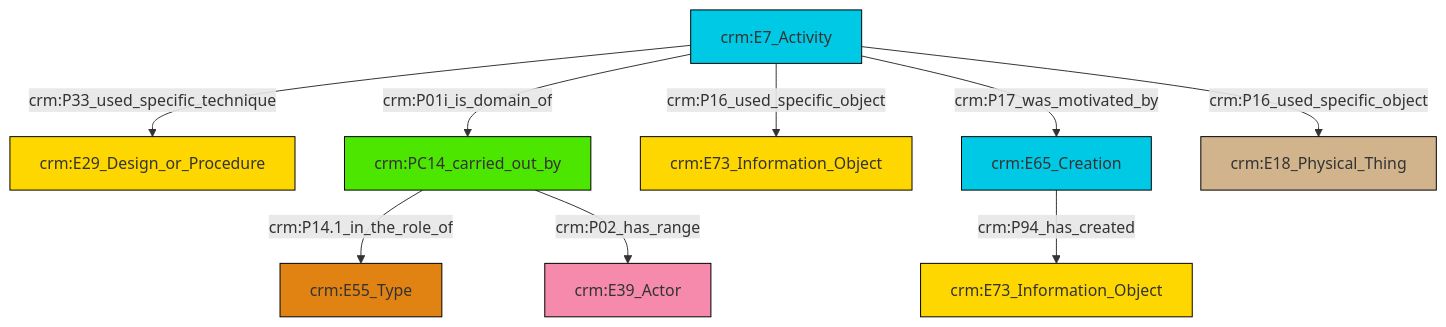
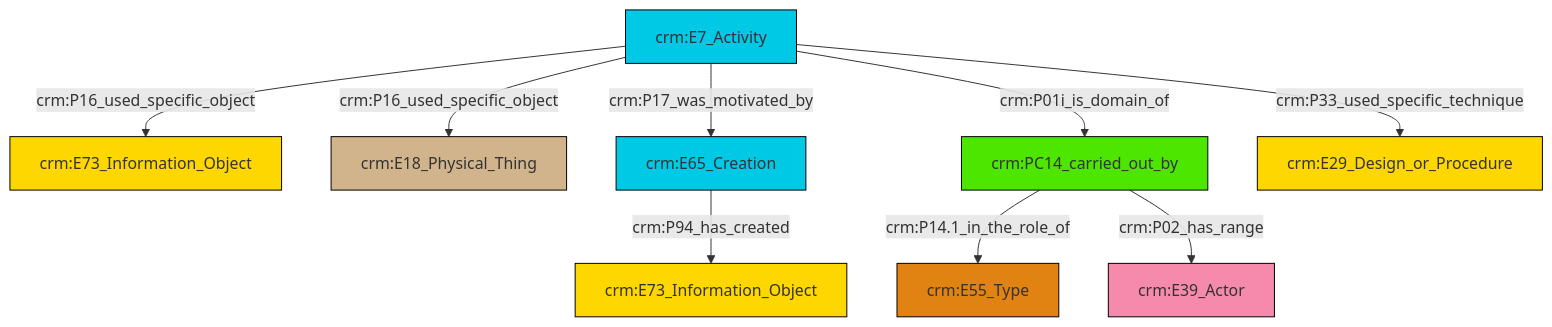
The diagram in et/eventCSV/ttl/mmd/event_participation.ttl.mmd (swiss-art-research-net/reference-data-models), drawn with Mermaid before and after one commit. The commit also changed 154 other files, not shown here.

```diff
--- a/et/eventCSV/ttl/mmd/event_participation.ttl.mmd
+++ b/et/eventCSV/ttl/mmd/event_participation.ttl.mmd
@@ -1,23 +1,23 @@
 graph TD
 classDef Literal fill:#f2f2f2,stroke:#000000;
 classDef CRM_Entity fill:#FFFFFF,stroke:#000000;
 classDef Temporal_Entity fill:#00C9E6, stroke:#000000;
 classDef Type fill:#E18312, stroke:#000000;
 classDef Time-Span fill:#2C9C91, stroke:#000000;
 classDef Appellation fill:#FFEB7F, stroke:#000000;
 classDef Place fill:#008836, stroke:#000000;
 classDef Persistent_Item fill:#B266B2, stroke:#000000;
 classDef Conceptual_Object fill:#FFD700, stroke:#000000;
 classDef Physical_Thing fill:#D2B48C, stroke:#000000;
 classDef Actor fill:#f58aad, stroke:#000000;
 classDef PC_Classes fill:#4ce600, stroke:#000000;
 classDef Multi fill:#cccccc,stroke:#000000;
 
-0["crm:E7_Activity"]:::Temporal_Entity -->|crm:P33_used_specific_technique| 1["crm:E29_Design_or_Procedure"]:::Conceptual_Object
-0["crm:E7_Activity"]:::Temporal_Entity -->|crm:P16_used_specific_object| 7["crm:E73_Information_Object"]:::Conceptual_Object
-9["crm:PC14_carried_out_by"]:::PC_Classes -->|crm:P14.1_in_the_role_of| 4["crm:E55_Type"]:::Type
-9["crm:PC14_carried_out_by"]:::PC_Classes -->|crm:P02_has_range| 12["crm:E39_Actor"]:::Actor
-0["crm:E7_Activity"]:::Temporal_Entity -->|crm:P16_used_specific_object| 10["crm:E18_Physical_Thing"]:::Physical_Thing
-0["crm:E7_Activity"]:::Temporal_Entity -->|crm:P01i_is_domain_of| 9["crm:PC14_carried_out_by"]:::PC_Classes
-2["crm:E65_Creation"]:::Temporal_Entity -->|crm:P94_has_created| 15["crm:E73_Information_Object"]:::Conceptual_Object
-0["crm:E7_Activity"]:::Temporal_Entity -->|crm:P17_was_motivated_by| 2["crm:E65_Creation"]:::Temporal_Entity
+0["crm:E7_Activity"]:::Temporal_Entity -->|crm:P16_used_specific_object| 1["crm:E73_Information_Object"]:::Conceptual_Object
+0["crm:E7_Activity"]:::Temporal_Entity -->|crm:P16_used_specific_object| 4["crm:E18_Physical_Thing"]:::Physical_Thing
+7["crm:PC14_carried_out_by"]:::PC_Classes -->|crm:P14.1_in_the_role_of| 8["crm:E55_Type"]:::Type
+0["crm:E7_Activity"]:::Temporal_Entity -->|crm:P17_was_motivated_by| 9["crm:E65_Creation"]:::Temporal_Entity
+7["crm:PC14_carried_out_by"]:::PC_Classes -->|crm:P02_has_range| 5["crm:E39_Actor"]:::Actor
+9["crm:E65_Creation"]:::Temporal_Entity -->|crm:P94_has_created| 13["crm:E73_Information_Object"]:::Conceptual_Object
+0["crm:E7_Activity"]:::Temporal_Entity -->|crm:P01i_is_domain_of| 7["crm:PC14_carried_out_by"]:::PC_Classes
+0["crm:E7_Activity"]:::Temporal_Entity -->|crm:P33_used_specific_technique| 10["crm:E29_Design_or_Procedure"]:::Conceptual_Object
```
